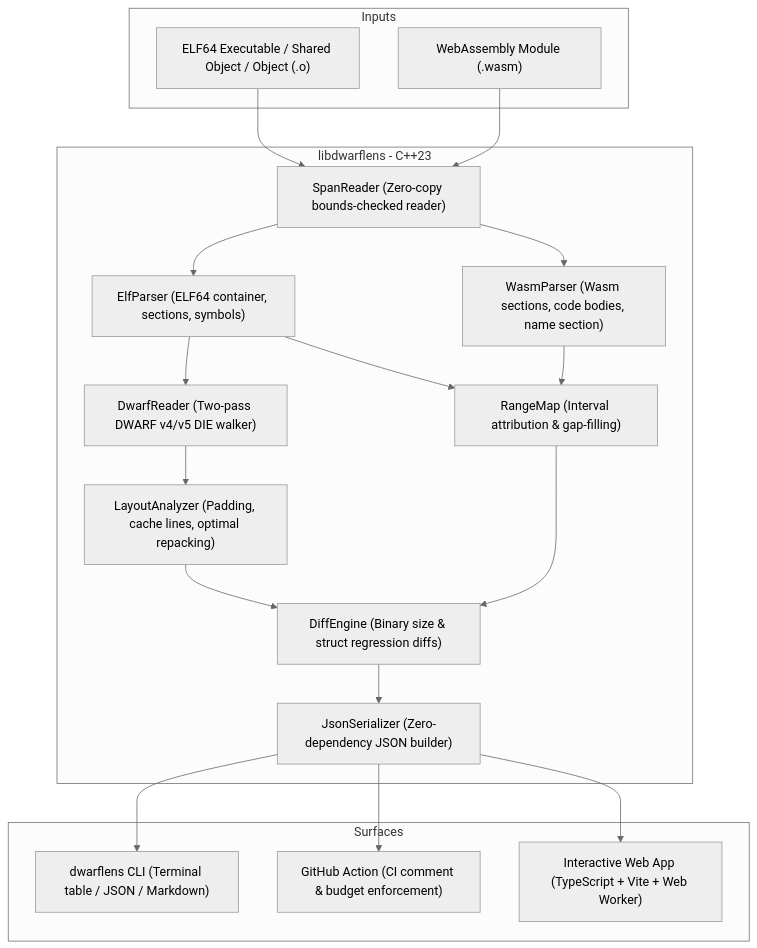
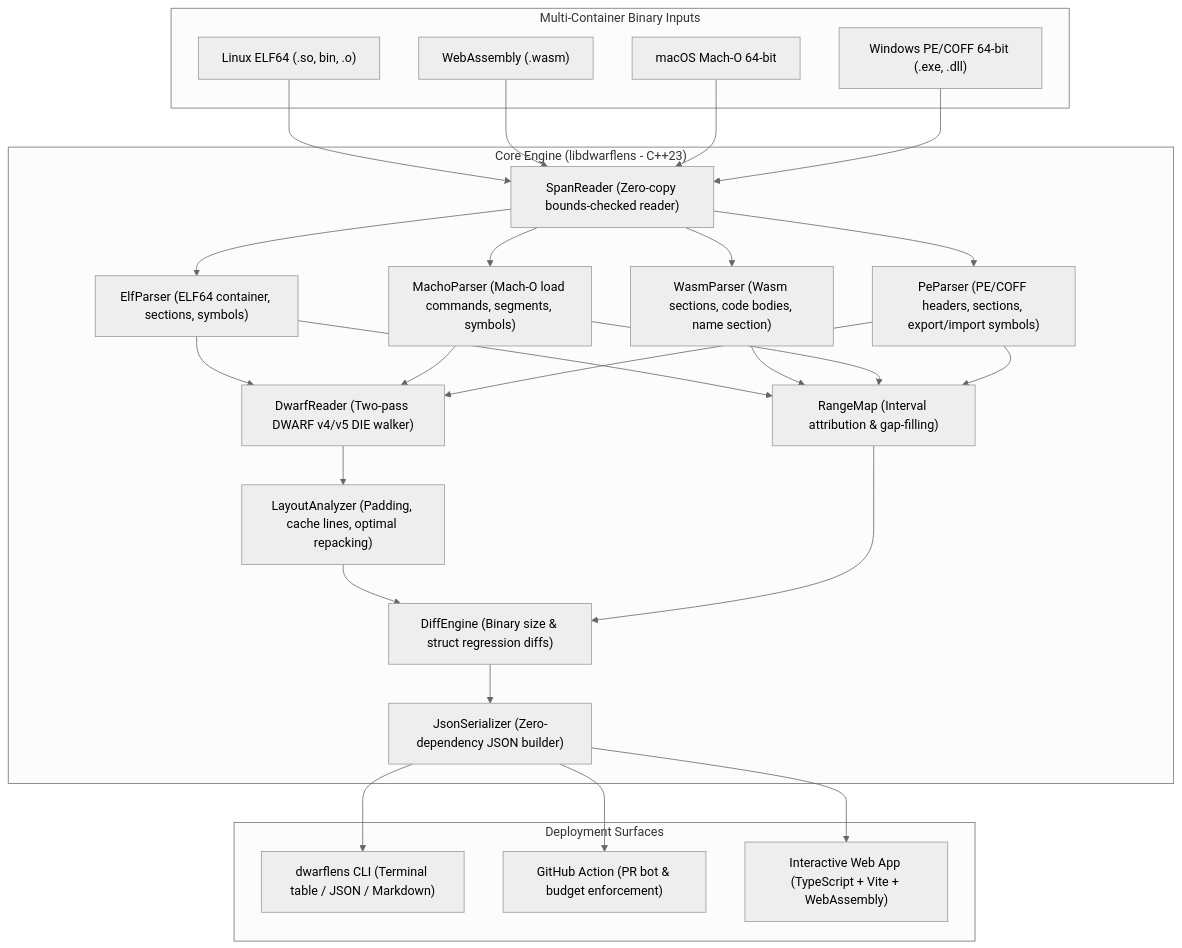
Before and after one commit to shubham-core/dwarflens: the diagram in README.md, drawn with Mermaid (neutral theme). The commit also changed other lines of this file and 17 other files, not shown here.

````diff
--- a/README.md
+++ b/README.md
@@ -29,34 +53,37 @@
 ```mermaid
 graph TD
-    subgraph Inputs
-        ELF["ELF64 Executable / Shared Object / Object (.o)"]
-        WASM["WebAssembly Module (.wasm)"]
+    subgraph Inputs ["Multi-Container Binary Inputs"]
+        ELF["Linux ELF64 (.so, bin, .o)"]
+        WASM["WebAssembly (.wasm)"]
+        MACHO["macOS Mach-O 64-bit"]
+        PE["Windows PE/COFF 64-bit (.exe, .dll)"]
     end
 
-    subgraph Core Engine [libdwarflens - C++23]
+    subgraph Core ["Core Engine (libdwarflens - C++23)"]
         SR["SpanReader (Zero-copy bounds-checked reader)"]
         RM["RangeMap (Interval attribution & gap-filling)"]
         EP["ElfParser (ELF64 container, sections, symbols)"]
         WP["WasmParser (Wasm sections, code bodies, name section)"]
+        MP["MachoParser (Mach-O load commands, segments, symbols)"]
+        PP["PeParser (PE/COFF headers, sections, export/import symbols)"]
         DR["DwarfReader (Two-pass DWARF v4/v5 DIE walker)"]
         LA["LayoutAnalyzer (Padding, cache lines, optimal repacking)"]
         DE["DiffEngine (Binary size & struct regression diffs)"]
         JS["JsonSerializer (Zero-dependency JSON builder)"]
     end
 
-    subgraph Surfaces
+    subgraph Surfaces ["Deployment Surfaces"]
         CLI["dwarflens CLI (Terminal table / JSON / Markdown)"]
-        ACT["GitHub Action (CI comment & budget enforcement)"]
-        WEB["Interactive Web App (TypeScript + Vite + Web Worker)"]
+        ACT["GitHub Action (PR bot & budget enforcement)"]
+        WEB["Interactive Web App (TypeScript + Vite + WebAssembly)"]
     end
 
-    ELF --> SR
-    WASM --> SR
-    SR --> EP & WP
-    EP --> DR
+    ELF & WASM & MACHO & PE --> SR
+    SR --> EP & WP & MP & PP
+    EP & MP & PP --> DR
     DR --> LA
-    EP & WP --> RM
+    EP & WP & MP & PP --> RM
     LA & RM --> DE
     DE --> JS
     JS --> CLI & ACT & WEB
 ```
````
